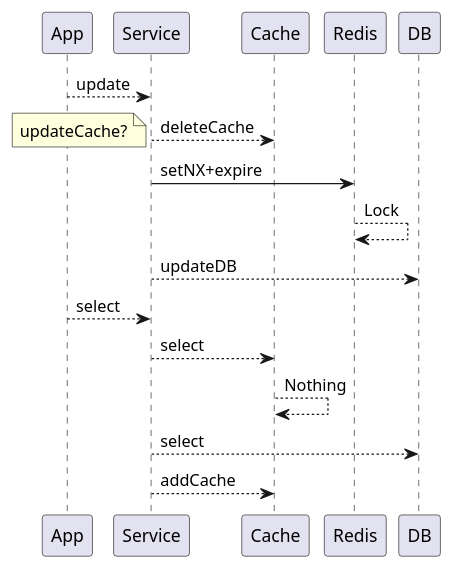
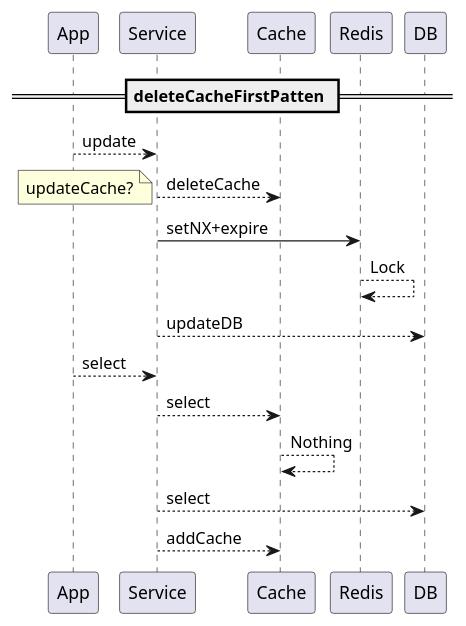
The diagram in src/main/uml/dbCache.puml (liuyngchng/com.richard.test), drawn with PlantUML before and after one commit.

```diff
--- a/src/main/uml/dbCache.puml
+++ b/src/main/uml/dbCache.puml
@@ -1,14 +1,15 @@
 @startuml
+== deleteCacheFirstPatten ==
 App --> Service: update
 Service --> Cache: deleteCache
 note left: updateCache?
 Service -> Redis: setNX+expire
 Redis --> Redis: Lock
 Service --> DB: updateDB
 App --> Service: select
 Service --> Cache: select
 Cache --> Cache: Nothing
 Service --> DB: select
 Service --> Cache: addCache
 
 @enduml
```
